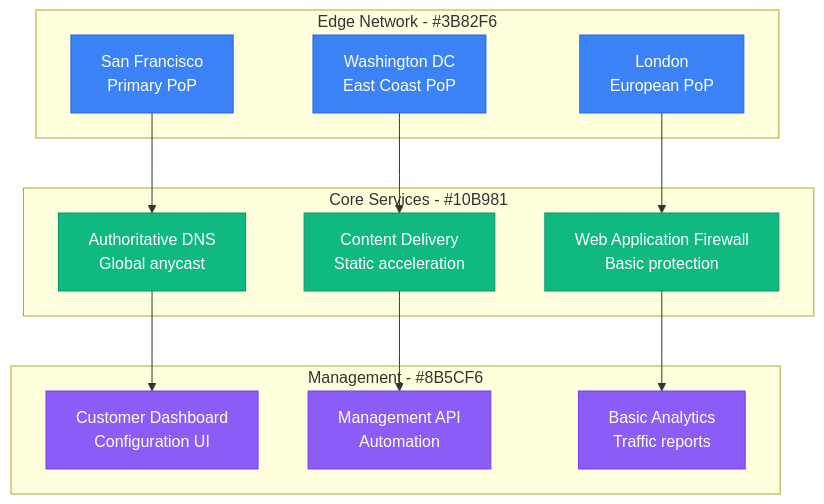
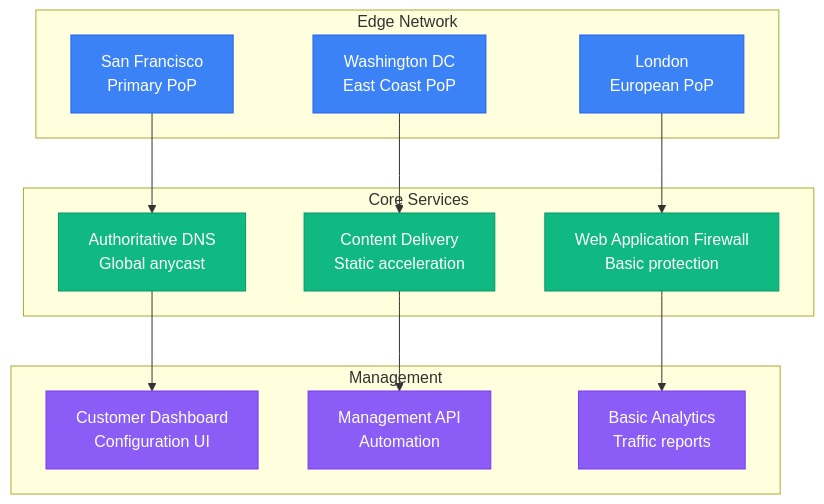
One commit to deepaucksharma/DS changed the second of 4 diagrams in site/docs/scaling/cloudflare-scale-evolution.md. Above: the diagram before and after it, drawn with Mermaid. The commit also changed other lines of this file and 169 other files, not shown here.

````diff
--- a/site/docs/scaling/cloudflare-scale-evolution.md
+++ b/site/docs/scaling/cloudflare-scale-evolution.md
@@ -50,35 +50,35 @@
 ```mermaid
 graph TB
-    subgraph EdgePlane[Edge Network - #3B82F6]
+    subgraph EdgePlane["Edge Network"]
         SF[San Francisco<br/>Primary PoP]
         DC[Washington DC<br/>East Coast PoP]
         LON[London<br/>European PoP]
     end
 
-    subgraph ServicePlane[Core Services - #10B981]
+    subgraph ServicePlane["Core Services"]
         DNS[Authoritative DNS<br/>Global anycast]
         CDN[Content Delivery<br/>Static acceleration]
         WAF[Web Application Firewall<br/>Basic protection]
     end
 
-    subgraph ControlPlane[Management - #8B5CF6]
+    subgraph ControlPlane["Management"]
         DASHBOARD[Customer Dashboard<br/>Configuration UI]
         API[Management API<br/>Automation]
         ANALYTICS[Basic Analytics<br/>Traffic reports]
     end
 
     SF --> DNS
     DC --> CDN
     LON --> WAF
     DNS --> DASHBOARD
     CDN --> API
     WAF --> ANALYTICS
 
     classDef edgeStyle fill:#3B82F6,stroke:#2563EB,color:#fff
     classDef serviceStyle fill:#10B981,stroke:#059669,color:#fff
     classDef controlStyle fill:#8B5CF6,stroke:#7C3AED,color:#fff
 
     class SF,DC,LON edgeStyle
     class DNS,CDN,WAF serviceStyle
     class DASHBOARD,API,ANALYTICS controlStyle
 ```
````
